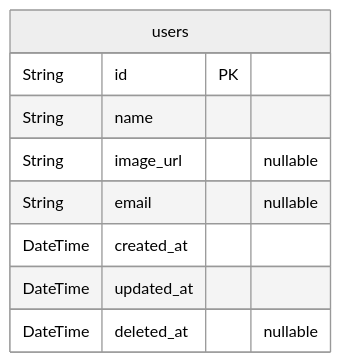
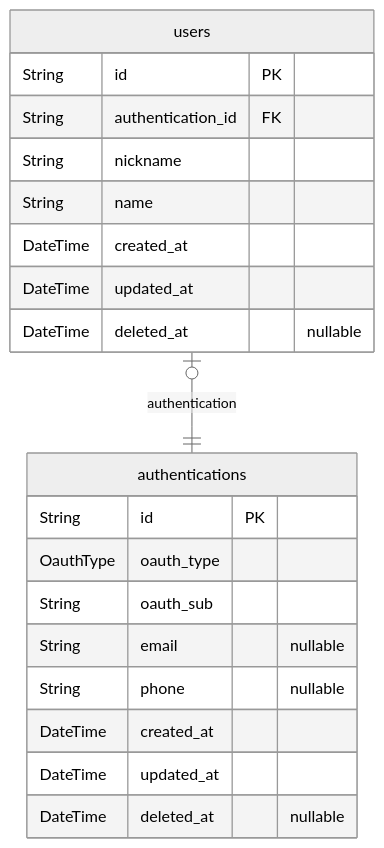
The second of 2 diagrams in ERD.md (rojiwon123/bbs), drawn with Mermaid (neutral theme) before and after one commit. The commit also changed other lines of this file and 8 other files, not shown here.

````diff
--- a/ERD.md
+++ b/ERD.md
@@ -161,12 +266,23 @@
 ```mermaid
 erDiagram
-users {
+authentications {
     String id PK
-    String name
-    String image_url "nullable"
+    OauthType oauth_type
+    String oauth_sub
     String email "nullable"
+    String phone "nullable"
     DateTime created_at
     DateTime updated_at
     DateTime deleted_at "nullable"
 }
+users {
+    String id PK
+    String authentication_id FK
+    String nickname
+    String name
+    DateTime created_at
+    DateTime updated_at
+    DateTime deleted_at "nullable"
+}
+users |o--|| authentications : authentication
 ```
````
